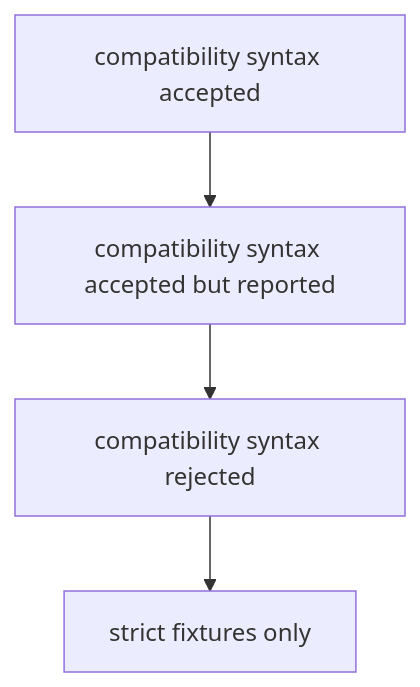
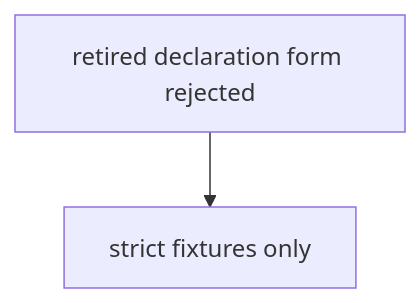
The third of 4 diagrams in reports/operator/263-unimplemented-gap-audit-2026-05-31.md (LiGoldragon/primary), drawn with Mermaid before and after one commit. The commit also changed other lines of this file and 7 other files, not shown here.

Commit message:
operator: document strict schema syntax closure

````diff
--- a/reports/operator/263-unimplemented-gap-audit-2026-05-31.md
+++ b/reports/operator/263-unimplemented-gap-audit-2026-05-31.md
@@ -243,9 +245,7 @@
 ```mermaid
 flowchart TD
-  Compat[compatibility syntax accepted]
-  Warn[compatibility syntax accepted but reported]
-  Error[compatibility syntax rejected]
+  Error[retired declaration form rejected]
   Strict[strict fixtures only]
 
-  Compat --> Warn --> Error --> Strict
+  Error --> Strict
 ```
````
